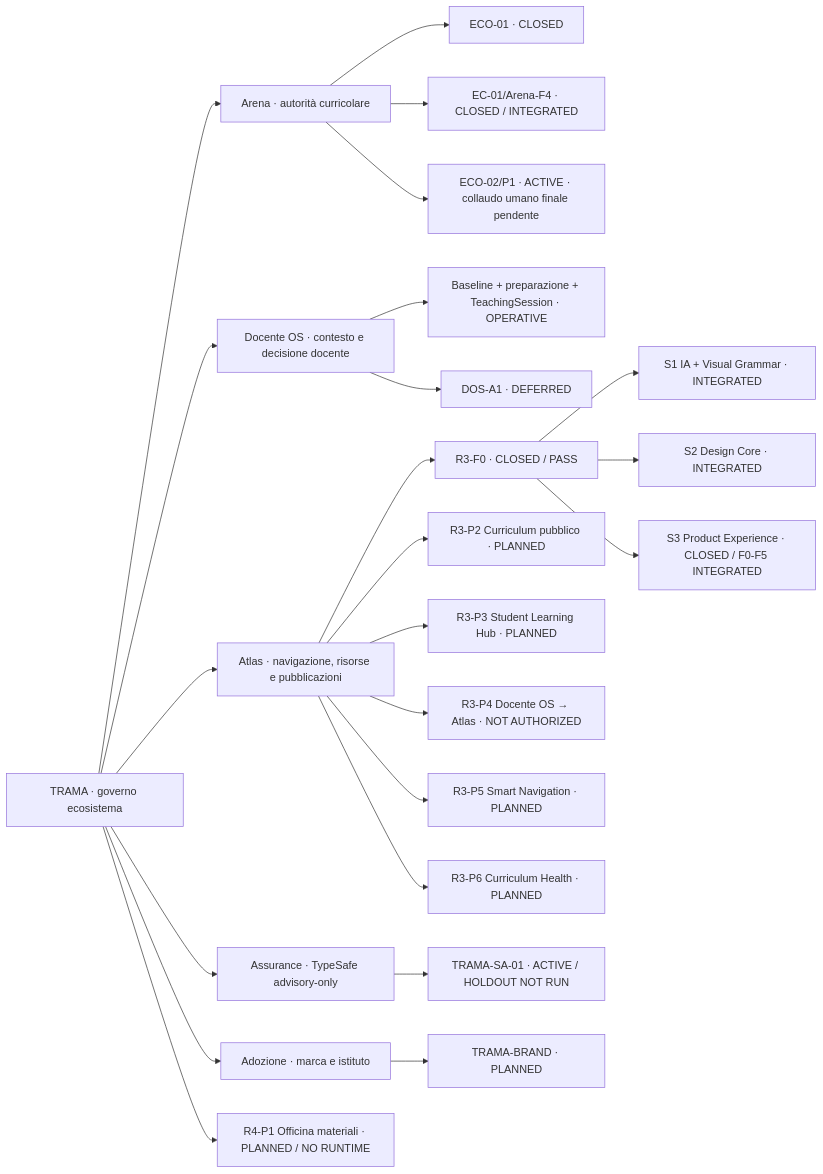
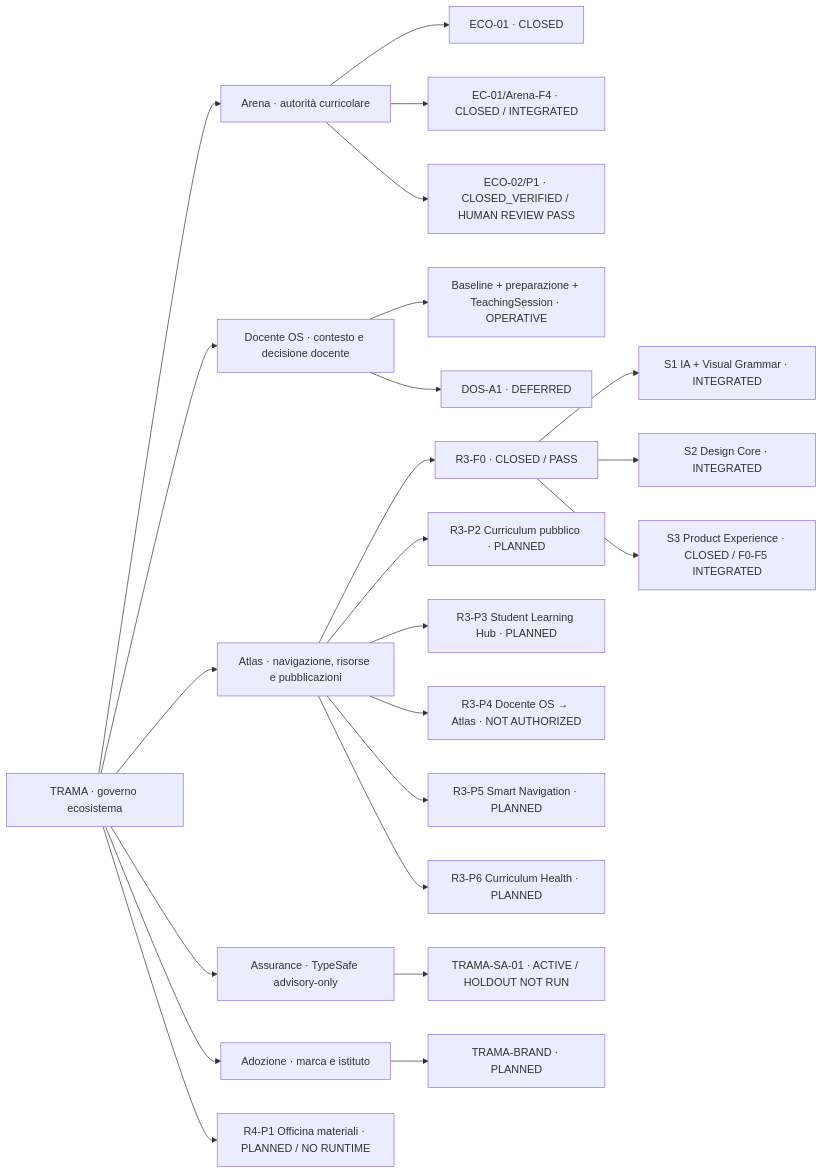
Before and after one commit to antoniocorsano-boop/trama-ecosistema: the diagram in STATUS.md, drawn with Mermaid. The commit also changed other lines of this file, not shown here.

Commit message:
docs(status): reconcile closed capabilities and current priorities

````diff
--- a/STATUS.md
+++ b/STATUS.md
@@ -8,31 +8,31 @@
 ```mermaid
 flowchart LR
   TRAMA["TRAMA · governo ecosistema"]
 
   TRAMA --> ARENA["Arena · autorità curricolare"]
   TRAMA --> DOS["Docente OS · contesto e decisione docente"]
   TRAMA --> ATLAS["Atlas · navigazione, risorse e pubblicazioni"]
   TRAMA --> ASSURANCE["Assurance · TypeSafe advisory-only"]
   TRAMA --> BRAND["Adozione · marca e istituto"]
 
   ARENA --> ECO01["ECO-01 · CLOSED"]
   ARENA --> ECF4["EC-01/Arena-F4 · CLOSED / INTEGRATED"]
-  ARENA --> ECO02["ECO-02/P1 · ACTIVE · collaudo umano finale pendente"]
+  ARENA --> ECO02["ECO-02/P1 · CLOSED_VERIFIED / HUMAN REVIEW PASS"]
 
   DOS --> DOSBASE["Baseline + preparazione + TeachingSession · OPERATIVE"]
   DOS --> DOSA1["DOS-A1 · DEFERRED"]
 
   ATLAS --> R3F0["R3-F0 · CLOSED / PASS"]
   R3F0 --> S1["S1 IA + Visual Grammar · INTEGRATED"]
   R3F0 --> S2["S2 Design Core · INTEGRATED"]
   R3F0 --> S3["S3 Product Experience · CLOSED / F0-F5 INTEGRATED"]
   ATLAS --> R3P2["R3-P2 Curriculum pubblico · PLANNED"]
   ATLAS --> R3P3["R3-P3 Student Learning Hub · PLANNED"]
   ATLAS --> R3P4["R3-P4 Docente OS → Atlas · NOT AUTHORIZED"]
   ATLAS --> R3P5["R3-P5 Smart Navigation · PLANNED"]
   ATLAS --> R3P6["R3-P6 Curriculum Health · PLANNED"]
 
   TRAMA --> R4P1["R4-P1 Officina materiali · PLANNED / NO RUNTIME"]
   ASSURANCE --> TSA["TRAMA-SA-01 · ACTIVE / HOLDOUT NOT RUN"]
   BRAND --> TB["TRAMA-BRAND · PLANNED"]
 ```
````
